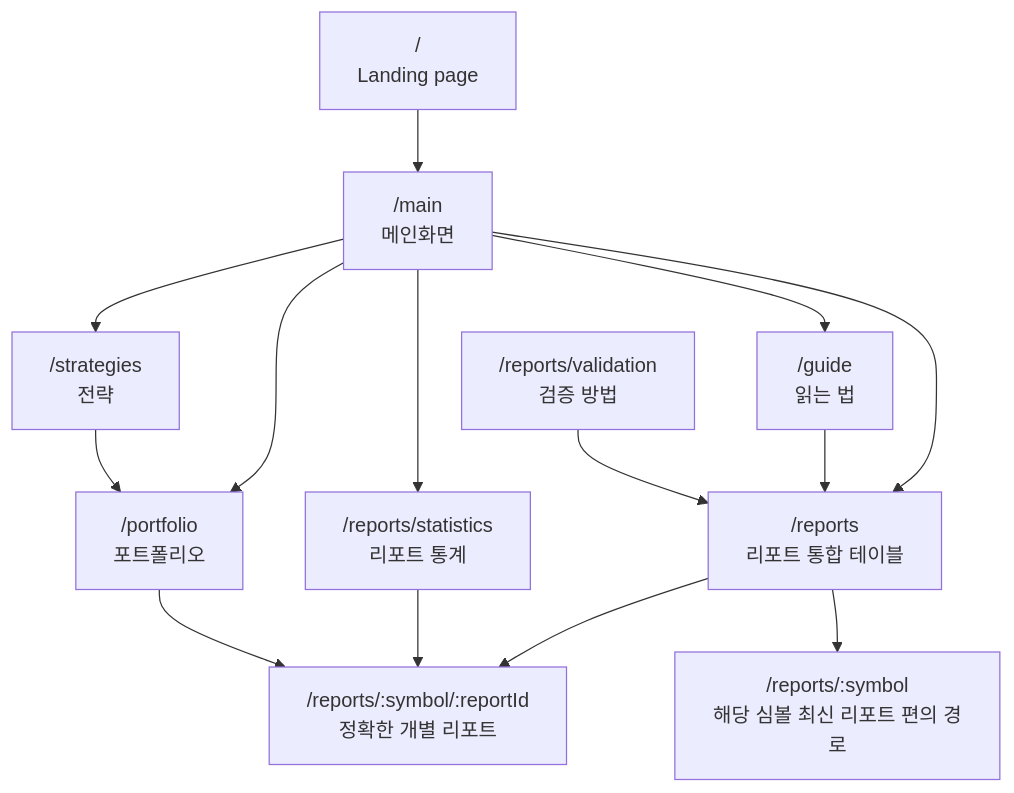
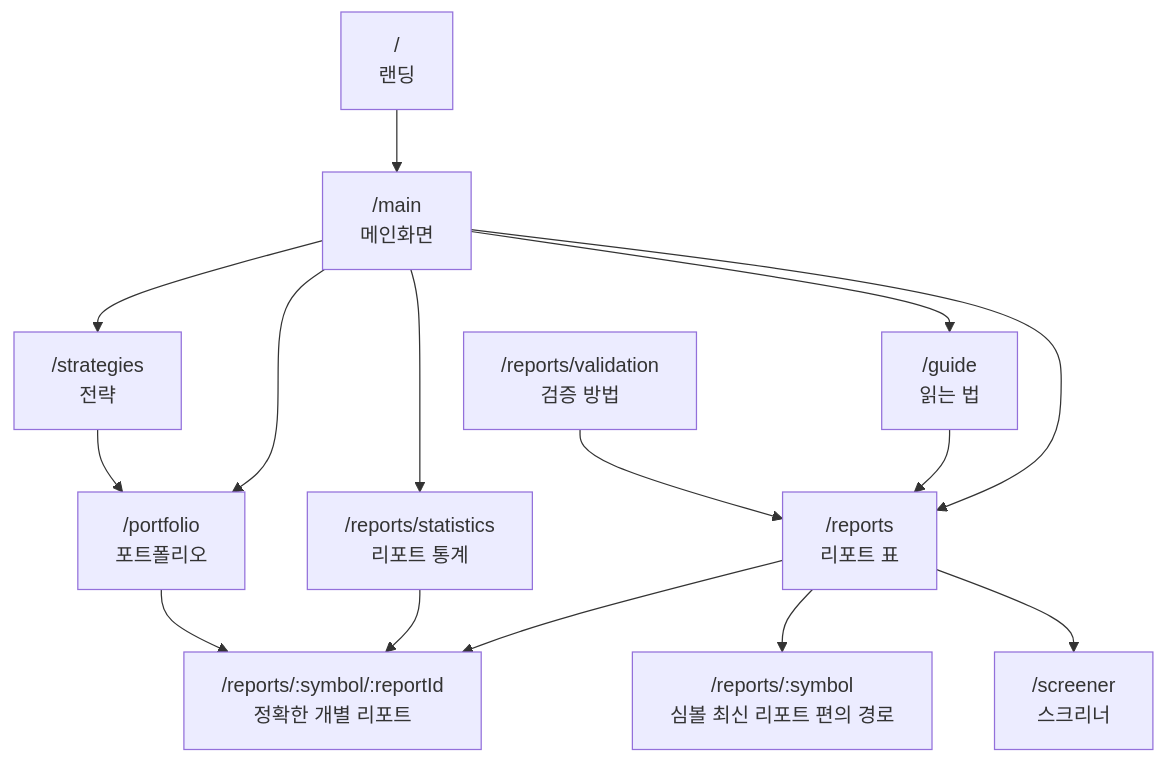
One commit to choiinyeol/snusmic-portfolio-lab changed the first of 2 diagrams in docs/page-data-flow.md. Above: the diagram before and after it, drawn with Mermaid. The commit also changed other lines of this file and 9 other files, not shown here.

````diff
--- a/docs/page-data-flow.md
+++ b/docs/page-data-flow.md
@@ -9,18 +9,19 @@
 ```mermaid
 flowchart TD
-  Landing["/\nLanding page"] --> Main["/main\n메인화면"]
-  Main --> Portfolio["/portfolio\n포트폴리오"]
-  Main --> Reports["/reports\n리포트 통합 테이블"]
-  Main --> ReportStats["/reports/statistics\n리포트 통계"]
-  Main --> Strategies["/strategies\n전략"]
-  Main --> Guide["/guide\n읽는 법"]
+  Landing["/<br/>랜딩"] --> Main["/main<br/>메인화면"]
+  Main --> Portfolio["/portfolio<br/>포트폴리오"]
+  Main --> Reports["/reports<br/>리포트 표"]
+  Main --> ReportStats["/reports/statistics<br/>리포트 통계"]
+  Main --> Strategies["/strategies<br/>전략"]
+  Main --> Guide["/guide<br/>읽는 법"]
 
-  Reports --> ExactReport["/reports/:symbol/:reportId\n정확한 개별 리포트"]
-  Reports --> LatestReport["/reports/:symbol\n해당 심볼 최신 리포트 편의 경로"]
+  Reports --> ExactReport["/reports/:symbol/:reportId<br/>정확한 개별 리포트"]
+  Reports --> LatestReport["/reports/:symbol<br/>심볼 최신 리포트 편의 경로"]
+  Reports --> Screener["/screener<br/>스크리너"]
   ReportStats --> ExactReport
   Portfolio --> ExactReport
   Strategies --> Portfolio
   Guide --> Reports
 
-  Validation["/reports/validation\n검증 방법"] --> Reports
+  Validation["/reports/validation<br/>검증 방법"] --> Reports
 ```
````
